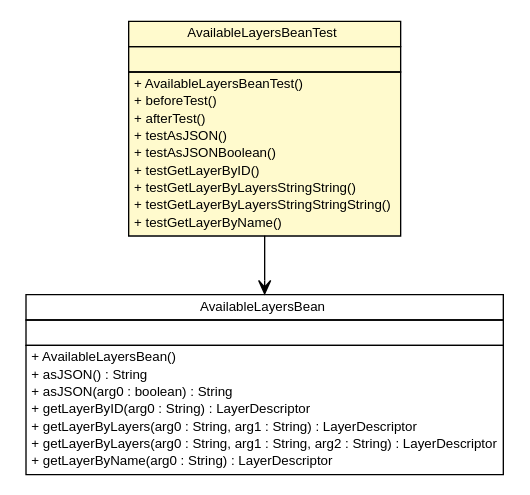
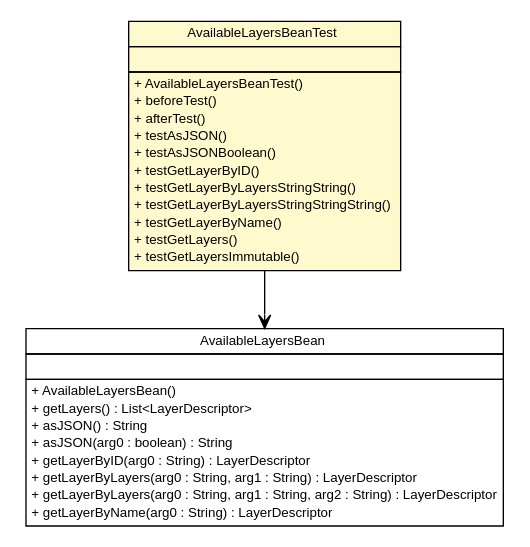
Before and after one commit to MinELenI/CBSviewer: the diagram in testapidocs/nl/mineleni/cbsviewer/util/AvailableLayersBeanTest.dot, drawn with Graphviz. The commit also changed 389 other files, not shown here.

```diff
--- a/testapidocs/nl/mineleni/cbsviewer/util/AvailableLayersBeanTest.dot
+++ b/testapidocs/nl/mineleni/cbsviewer/util/AvailableLayersBeanTest.dot
@@ -1,52 +1,55 @@
 #!/usr/local/bin/dot
 #
 # Class diagram 
 # Generated by UMLGraph version R5_6 (http://www.umlgraph.org/)
 #
 
 digraph G {
 	edge [fontname="arial",fontsize=10,labelfontname="arial",labelfontsize=10];
 	node [fontname="arial",fontsize=10,shape=plaintext];
 	nodesep=0.25;
 	ranksep=0.5;
 	// nl.mineleni.cbsviewer.util.AvailableLayersBeanTest
 	c349 [label=<<table title="nl.mineleni.cbsviewer.util.AvailableLayersBeanTest" border="0" cellborder="1" cellspacing="0" cellpadding="2" port="p" bgcolor="lemonChiffon" href="./AvailableLayersBeanTest.html">
 		<tr><td><table border="0" cellspacing="0" cellpadding="1">
 <tr><td align="center" balign="center"> AvailableLayersBeanTest </td></tr>
 		</table></td></tr>
 		<tr><td><table border="0" cellspacing="0" cellpadding="1">
 <tr><td align="left" balign="left">  </td></tr>
 		</table></td></tr>
 		<tr><td><table border="0" cellspacing="0" cellpadding="1">
 <tr><td align="left" balign="left"> + AvailableLayersBeanTest() </td></tr>
 <tr><td align="left" balign="left"> + beforeTest() </td></tr>
 <tr><td align="left" balign="left"> + afterTest() </td></tr>
 <tr><td align="left" balign="left"> + testAsJSON() </td></tr>
 <tr><td align="left" balign="left"> + testAsJSONBoolean() </td></tr>
 <tr><td align="left" balign="left"> + testGetLayerByID() </td></tr>
 <tr><td align="left" balign="left"> + testGetLayerByLayersStringString() </td></tr>
 <tr><td align="left" balign="left"> + testGetLayerByLayersStringStringString() </td></tr>
 <tr><td align="left" balign="left"> + testGetLayerByName() </td></tr>
+<tr><td align="left" balign="left"> + testGetLayers() </td></tr>
+<tr><td align="left" balign="left"> + testGetLayersImmutable() </td></tr>
 		</table></td></tr>
 		</table>>, URL="./AvailableLayersBeanTest.html", fontname="arial", fontcolor="black", fontsize=10.0];
 	// nl.mineleni.cbsviewer.util.AvailableLayersBeanTest NAVASSOC nl.mineleni.cbsviewer.util.AvailableLayersBean
 	c349:p -> c353:p [taillabel="", label="", headlabel="", fontname="arial", fontcolor="black", fontsize=10.0, color="black", arrowhead=open];
 	// nl.mineleni.cbsviewer.util.AvailableLayersBean
 	c353 [label=<<table title="nl.mineleni.cbsviewer.util.AvailableLayersBean" border="0" cellborder="1" cellspacing="0" cellpadding="2" port="p">
 		<tr><td><table border="0" cellspacing="0" cellpadding="1">
 <tr><td align="center" balign="center"> AvailableLayersBean </td></tr>
 		</table></td></tr>
 		<tr><td><table border="0" cellspacing="0" cellpadding="1">
 <tr><td align="left" balign="left">  </td></tr>
 		</table></td></tr>
 		<tr><td><table border="0" cellspacing="0" cellpadding="1">
 <tr><td align="left" balign="left"> + AvailableLayersBean() </td></tr>
+<tr><td align="left" balign="left"> + getLayers() : List&lt;LayerDescriptor&gt; </td></tr>
 <tr><td align="left" balign="left"> + asJSON() : String </td></tr>
 <tr><td align="left" balign="left"> + asJSON(arg0 : boolean) : String </td></tr>
 <tr><td align="left" balign="left"> + getLayerByID(arg0 : String) : LayerDescriptor </td></tr>
 <tr><td align="left" balign="left"> + getLayerByLayers(arg0 : String, arg1 : String) : LayerDescriptor </td></tr>
 <tr><td align="left" balign="left"> + getLayerByLayers(arg0 : String, arg1 : String, arg2 : String) : LayerDescriptor </td></tr>
 <tr><td align="left" balign="left"> + getLayerByName(arg0 : String) : LayerDescriptor </td></tr>
 		</table></td></tr>
 		</table>>, URL="null", fontname="arial", fontcolor="black", fontsize=10.0];
 }
```
